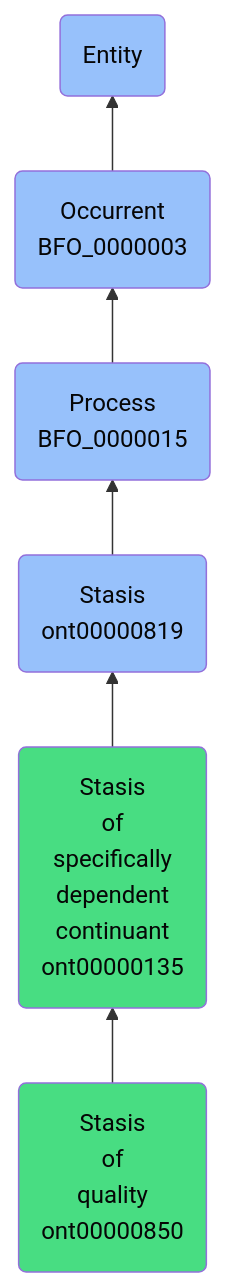
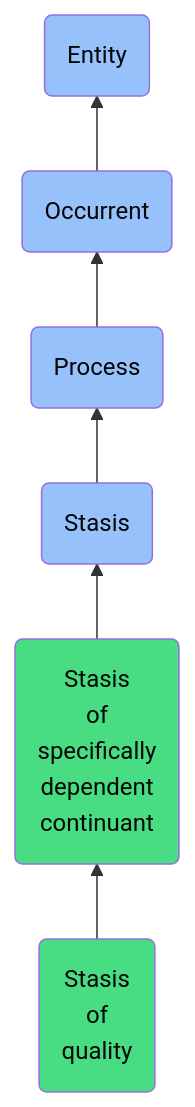
The diagram in docs/ontology/reference/model/Entity/Occurrent/Process/Stasis/Stasis of specifically dependent continuant/Stasis of quality/Stasis of quality.md (jupyter-naas/abi), drawn with Mermaid before and after one commit. The commit also changed other lines of this file and 1430 other files, not shown here.

````diff
--- a/docs/ontology/reference/model/Entity/Occurrent/Process/Stasis/Stasis of specifically dependent continuant/Stasis of quality/Stasis of quality.md
+++ b/docs/ontology/reference/model/Entity/Occurrent/Process/Stasis/Stasis of specifically dependent continuant/Stasis of quality/Stasis of quality.md
@@ -24,13 +24,13 @@
 ```mermaid
 graph BT
-    ont00000850(Stasis<br>of<br>quality<br>ont00000850):::ABI-->ont00000135
-    ont00000135(Stasis<br>of<br>specifically<br>dependent<br>continuant<br>ont00000135):::ABI-->ont00000819
-    ont00000819(Stasis<br>ont00000819):::BFO-->BFO_0000015
-    BFO_0000015(Process<br>BFO_0000015):::BFO-->BFO_0000003
-    BFO_0000003(Occurrent<br>BFO_0000003):::BFO-->BFO_0000001
+    ont00000850(Stasis<br>of<br>quality):::ABI-->ont00000135
+    ont00000135(Stasis<br>of<br>specifically<br>dependent<br>continuant):::ABI-->ont00000819
+    ont00000819(Stasis):::BFO-->BFO_0000015
+    BFO_0000015(Process):::BFO-->BFO_0000003
+    BFO_0000003(Occurrent):::BFO-->BFO_0000001
     BFO_0000001(Entity):::BFO
     
     classDef BFO fill:#97c1fb,color:#060606
     classDef CCO fill:#e4c51e,color:#060606
     classDef ABI fill:#48DD82,color:#060606
 ```
````
